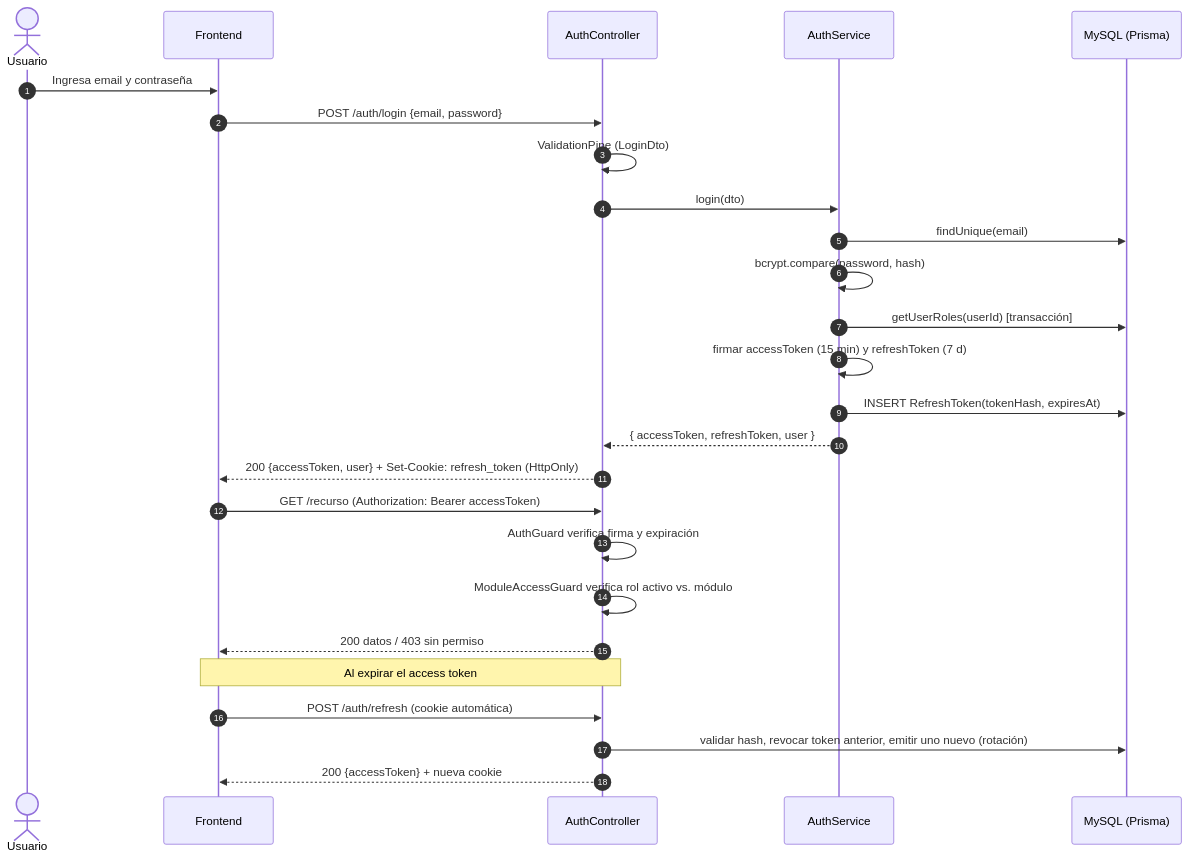
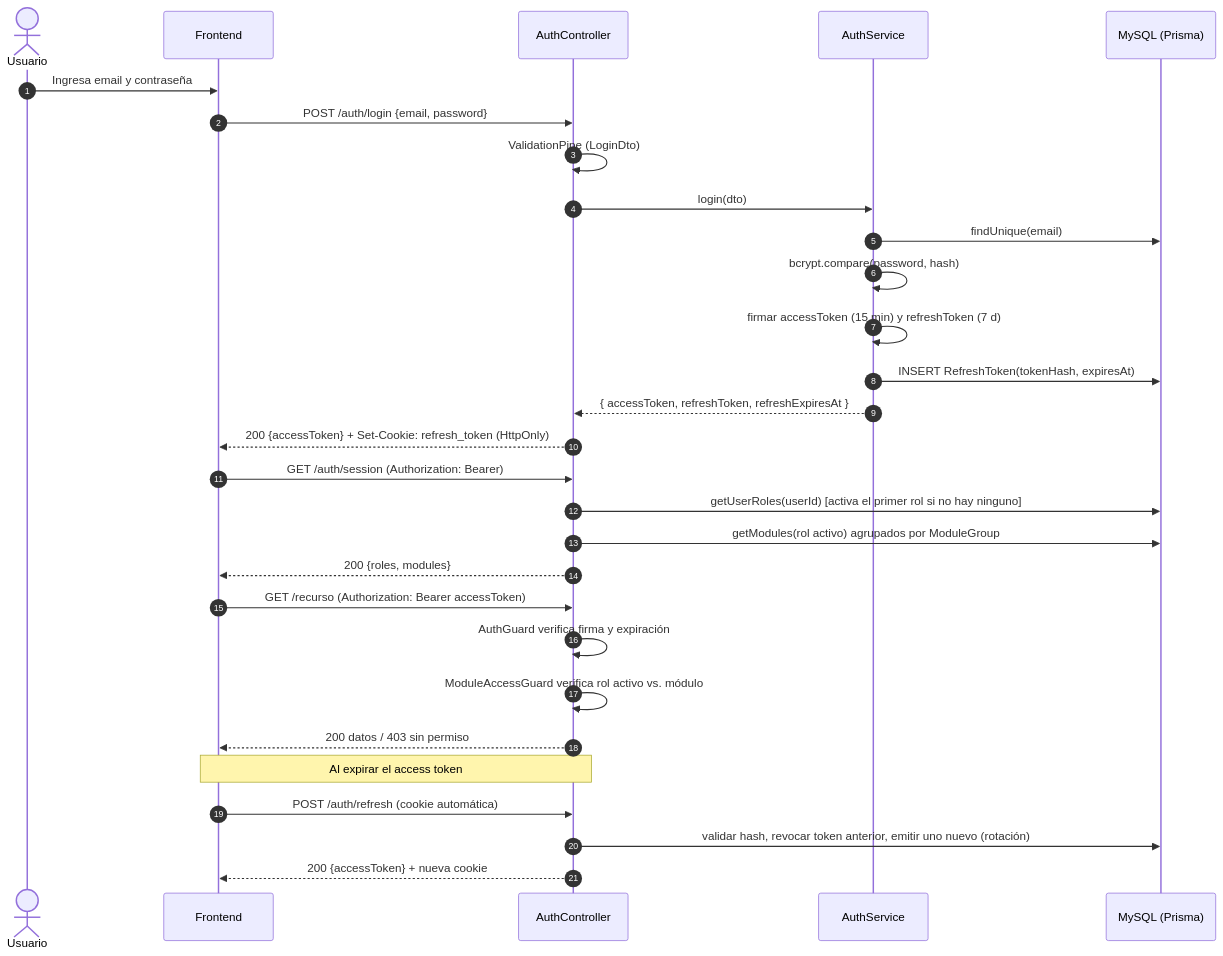
The second of 3 diagrams in docs/informe-arquitectura-seguridad.md (ploxomen/SISTEMA-VENTAS-API), drawn with Mermaid before and after one commit. The commit also changed other lines of this file, not shown here.

First line of the commit message:
informe: actualiza la sección 3 con GET /auth/session

````diff
--- a/docs/informe-arquitectura-seguridad.md
+++ b/docs/informe-arquitectura-seguridad.md
@@ -488,29 +489,32 @@
 ```mermaid
 sequenceDiagram
     autonumber
     actor U as Usuario
     participant FE as Frontend
     participant API as AuthController
     participant S as AuthService
     participant DB as MySQL (Prisma)
 
     U->>FE: Ingresa email y contraseña
     FE->>API: POST /auth/login {email, password}
     API->>API: ValidationPipe (LoginDto)
     API->>S: login(dto)
     S->>DB: findUnique(email)
     S->>S: bcrypt.compare(password, hash)
-    S->>DB: getUserRoles(userId) [transacción]
     S->>S: firmar accessToken (15 min) y refreshToken (7 d)
     S->>DB: INSERT RefreshToken(tokenHash, expiresAt)
-    S-->>API: { accessToken, refreshToken, user }
-    API-->>FE: 200 {accessToken, user} + Set-Cookie: refresh_token (HttpOnly)
+    S-->>API: { accessToken, refreshToken, refreshExpiresAt }
+    API-->>FE: 200 {accessToken} + Set-Cookie: refresh_token (HttpOnly)
+    FE->>API: GET /auth/session (Authorization: Bearer)
+    API->>DB: getUserRoles(userId) [activa el primer rol si no hay ninguno]
+    API->>DB: getModules(rol activo) agrupados por ModuleGroup
+    API-->>FE: 200 {roles, modules}
     FE->>API: GET /recurso (Authorization: Bearer accessToken)
     API->>API: AuthGuard verifica firma y expiración
     API->>API: ModuleAccessGuard verifica rol activo vs. módulo
     API-->>FE: 200 datos / 403 sin permiso
     Note over FE,API: Al expirar el access token
     FE->>API: POST /auth/refresh (cookie automática)
     API->>DB: validar hash, revocar token anterior, emitir uno nuevo (rotación)
     API-->>FE: 200 {accessToken} + nueva cookie
 ```
````
